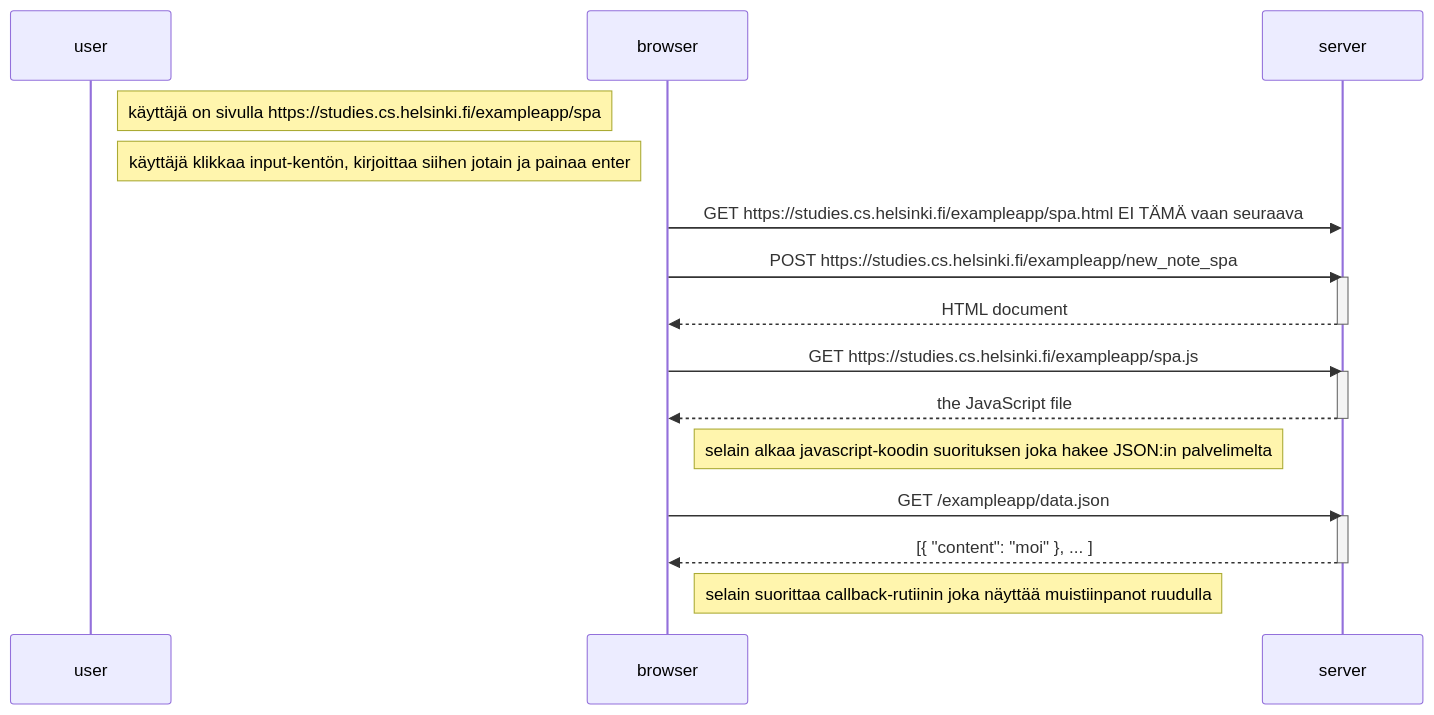
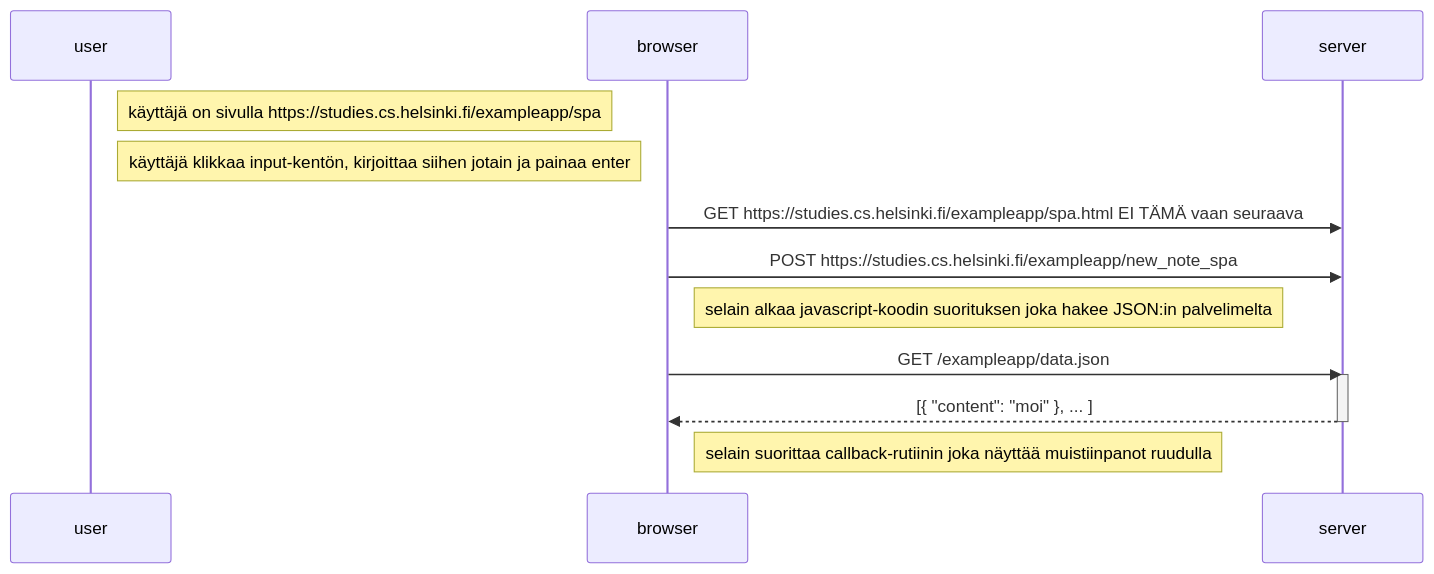
Before and after one commit to moocjsi/mooc-harj03: the diagram in mermaid-test9.md, drawn with Mermaid.

````diff
--- a/mermaid-test9.md
+++ b/mermaid-test9.md
@@ -2,31 +2,23 @@
 ```mermaid
 sequenceDiagram
     participant user
     participant browser
     participant server
 
     Note right of user: käyttäjä on sivulla https://studies.cs.helsinki.fi/exampleapp/spa
     Note right of user: käyttäjä klikkaa input-kentön, kirjoittaa siihen jotain ja painaa enter
     
     browser->>server: GET  https://studies.cs.helsinki.fi/exampleapp/spa.html  EI TÄMÄ vaan seuraava
     browser->>server: POST https://studies.cs.helsinki.fi/exampleapp/new_note_spa
-    activate server
-    server-->>browser: HTML document
-    deactivate server
-
-    browser->>server: GET https://studies.cs.helsinki.fi/exampleapp/spa.js
-    activate server
-    server-->>browser: the JavaScript file
-    deactivate server
 
     Note right of browser: selain alkaa  javascript-koodin suorituksen joka hakee JSON:in palvelimelta
     browser->>server: GET /exampleapp/data.json
 
     activate server
     server-->>browser: [{ "content": "moi" }, ... ]
     deactivate server
 
     Note right of browser: selain suorittaa callback-rutiinin joka näyttää muistiinpanot ruudulla
 
 
 ```
````
